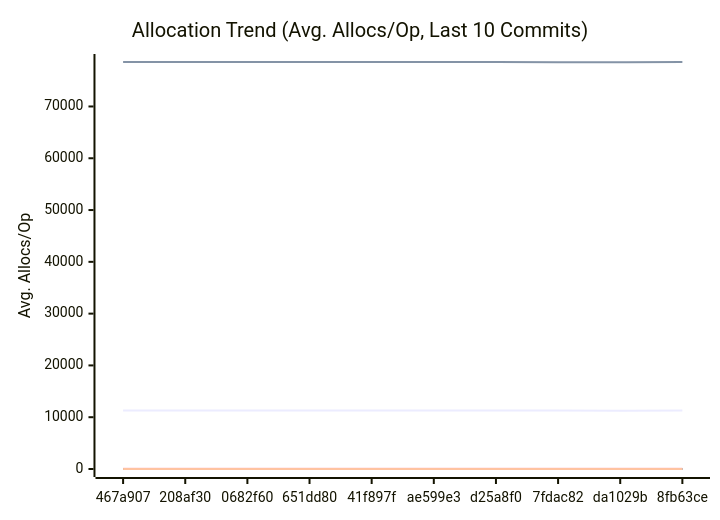
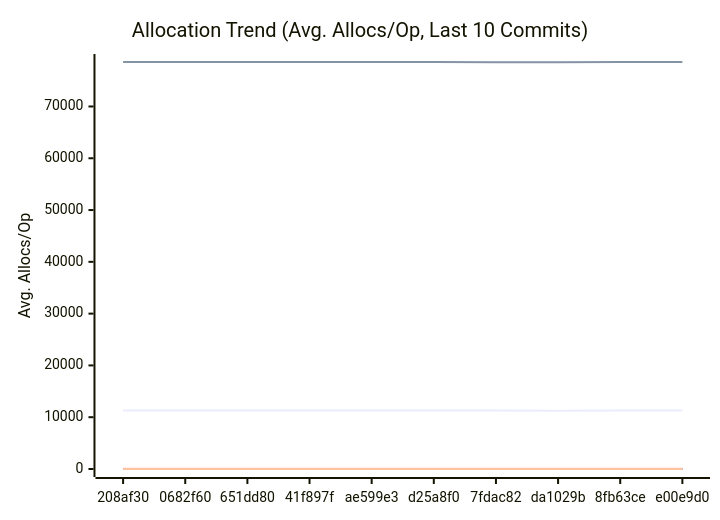
Before and after one commit to alsotoes/momo: the third of 3 diagrams in docs/PERFORMANCE.md, drawn with Mermaid. The commit also changed other lines of this file and 2 other files, not shown here.

````diff
--- a/docs/PERFORMANCE.md
+++ b/docs/PERFORMANCE.md
@@ -197,20 +197,20 @@
 ```mermaid
 xychart-beta
     title "Allocation Trend (Avg. Allocs/Op, Last 10 Commits)"
     x-axis "Commit"
     y-axis "Avg. Allocs/Op"
-    x-axis [467a907,208af30,0682f60,651dd80,41f897f,ae599e3,d25a8f0,7fdac82,da1029b,8fb63ce]
-    line "AWSChunkedReaderSigned" [11297,11285,11285,11290,11275,11278,11276,11292,11270,11274]
-    line "AWSChunkedReaderUnsigned" [78574,78586,78562,78583,78570,78570,78570,78560,78555,78563]
+    x-axis [208af30,0682f60,651dd80,41f897f,ae599e3,d25a8f0,7fdac82,da1029b,8fb63ce,e00e9d0]
+    line "AWSChunkedReaderSigned" [11285,11285,11290,11275,11278,11276,11292,11270,11274,11274]
+    line "AWSChunkedReaderUnsigned" [78586,78562,78583,78570,78570,78570,78560,78555,78563,78570]
     line "CheckMetricsAndSwap" [0,0,0,0,0,0,0,0,0,0]
     line "CrushOptimized" [0,0,0,0,0,0,0,0,0,0]
     line "CrushOriginal" [3,3,3,3,3,3,3,3,3,3]
     line "IndexDirectTracking" [0,0,0,0,0,0,0,0,0,0]
     line "IndexSearch" [0,0,0,0,0,0,0,0,0,0]
     line "LoadGlobalConfig" [54,54,54,54,54,54,54,54,54,54]
     line "PadString" [1,1,1,1,1,1,1,1,1,1]
     line "ParseReplicationOrder_NoPrealloc" [6,6,6,6,6,5,5,5,5,5]
     line "ParseReplicationOrder_Prealloc" [2,2,2,2,2,1,1,1,1,1]
     line "SanitizeLog/Safe" [0,0,0,0,0,0,0,0,0,0]
     line "SanitizeLog/Unsafe" [1,1,1,1,1,1,1,1,1,1]
 ```
````
